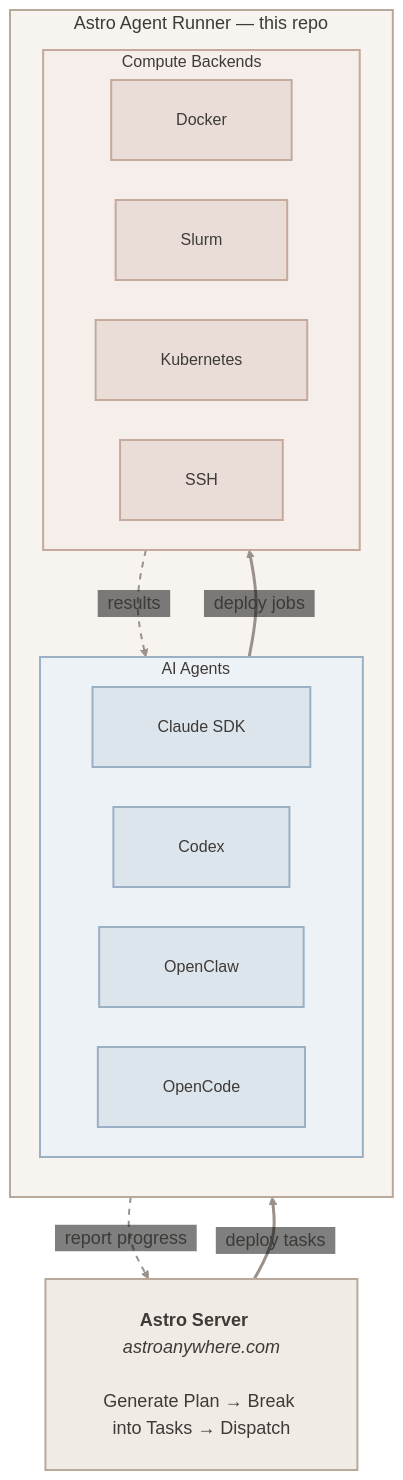
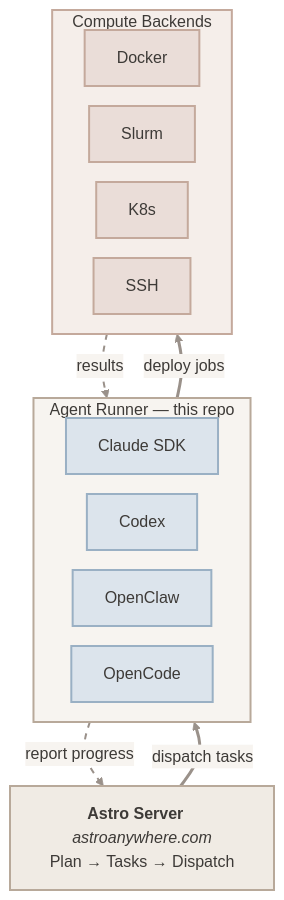
One commit to astro-anywhere/astro-agent changed the diagram in README.md. Above: the diagram before and after it, drawn with Mermaid.

Commit message:
docs: flatten architecture — three separate rows, compact boxes
Three roles as separate groups (not nested): Astro Server,
Agent Runner (AI agents in a row), Compute Backends (in a row).
Arrows between groups instead of inside, avoids overlap.

````diff
--- a/README.md
+++ b/README.md
@@ -239,62 +239,58 @@
 ```mermaid
 %%{init: {
   'theme': 'base',
   'themeVariables': {
     'primaryColor': '#e8e0d8',
     'primaryBorderColor': '#b8a99a',
     'primaryTextColor': '#3d3a37',
     'lineColor': '#9a918a',
     'textColor': '#3d3a37',
-    'fontSize': '18px',
+    'fontSize': '16px',
     'fontFamily': 'Palatino, Palatino Linotype, Georgia, serif',
-    'edgeLabelBackground': 'transparent'
+    'edgeLabelBackground': '#f7f4f0'
   },
   'flowchart': {
-    'nodeSpacing': 40,
-    'rankSpacing': 55,
-    'padding': 28,
+    'nodeSpacing': 20,
+    'rankSpacing': 40,
+    'padding': 16,
     'htmlLabels': true,
     'curve': 'basis'
   }
 }}%%
 flowchart TB
-    classDef server fill:#f0ebe4,stroke:#b8a99a,stroke-width:2px,color:#3d3a37,font-size:18px
-    classDef mist fill:#dce4ec,stroke:#9ab0c4,stroke-width:2px,color:#3d3a37,font-size:16px
-    classDef rose fill:#eaddd8,stroke:#c4a99c,stroke-width:2px,color:#3d3a37,font-size:16px
+    classDef server fill:#f0ebe4,stroke:#b8a99a,stroke-width:2px,color:#3d3a37
+    classDef mist fill:#dce4ec,stroke:#9ab0c4,stroke-width:2px,color:#3d3a37
+    classDef rose fill:#eaddd8,stroke:#c4a99c,stroke-width:2px,color:#3d3a37
 
-    Server["<b>Astro Server</b> &nbsp; <i>astroanywhere.com</i><br/><br/>Generate Plan &rarr; Break into Tasks &rarr; Dispatch"]:::server
+    Server["<b>Astro Server</b> &nbsp; <i>astroanywhere.com</i><br/>Plan &rarr; Tasks &rarr; Dispatch"]:::server
 
-    Server ==>|" &nbsp; deploy tasks &nbsp; "| Runner
-    Runner -.->|" &nbsp; report progress &nbsp; "| Server
+    Server -- "dispatch tasks" --> runner
+    runner -. "report progress" .-> Server
 
-    subgraph Runner["&nbsp; Astro Agent Runner &mdash; this repo &nbsp;"]
-        direction TB
-
-        subgraph agents["&nbsp; AI Agents &nbsp;"]
-            direction LR
-            A1["&nbsp; Claude SDK &nbsp;"]:::mist
-            A2["&nbsp; Codex &nbsp;"]:::mist
-            A3["&nbsp; OpenClaw &nbsp;"]:::mist
-            A4["&nbsp; OpenCode &nbsp;"]:::mist
-        end
-
-        agents ==>|" &nbsp; deploy jobs &nbsp; "| compute
-        compute -.->|" &nbsp; results &nbsp; "| agents
-
-        subgraph compute["&nbsp; Compute Backends &nbsp;"]
-            direction LR
-            C1["&nbsp; Docker &nbsp;"]:::rose
-            C2["&nbsp; Slurm &nbsp;"]:::rose
-            C3["&nbsp; Kubernetes &nbsp;"]:::rose
-            C4["&nbsp; SSH &nbsp;"]:::rose
-        end
+    subgraph runner["Agent Runner &mdash; this repo"]
+        direction LR
+        A1["Claude SDK"]:::mist
+        A2["Codex"]:::mist
+        A3["OpenClaw"]:::mist
+        A4["OpenCode"]:::mist
     end
 
-    style Runner fill:#f7f4f0,stroke:#b8a99a,stroke-width:2px,color:#3d3a37,font-size:18px
-    style agents fill:#edf2f7,stroke:#9ab0c4,stroke-width:2px,color:#3d3a37,font-size:16px
-    style compute fill:#f5eeea,stroke:#c4a99c,stroke-width:2px,color:#3d3a37,font-size:16px
+    runner -- "deploy jobs" --> compute
+    compute -. "results" .-> runner
 
-    linkStyle default stroke:#9a918a,stroke-width:3px
+    subgraph compute["Compute Backends"]
+        direction LR
+        C1["Docker"]:::rose
+        C2["Slurm"]:::rose
+        C3["K8s"]:::rose
+        C4["SSH"]:::rose
+    end
+
+    style runner fill:#f7f4f0,stroke:#b8a99a,stroke-width:2px,color:#3d3a37
+    style compute fill:#f5eeea,stroke:#c4a99c,stroke-width:2px,color:#3d3a37
+
+    linkStyle 0 stroke:#9a918a,stroke-width:3px
     linkStyle 1 stroke:#9a918a,stroke-width:2px,stroke-dasharray:6
+    linkStyle 2 stroke:#9a918a,stroke-width:3px
     linkStyle 3 stroke:#9a918a,stroke-width:2px,stroke-dasharray:6
 ```
````
